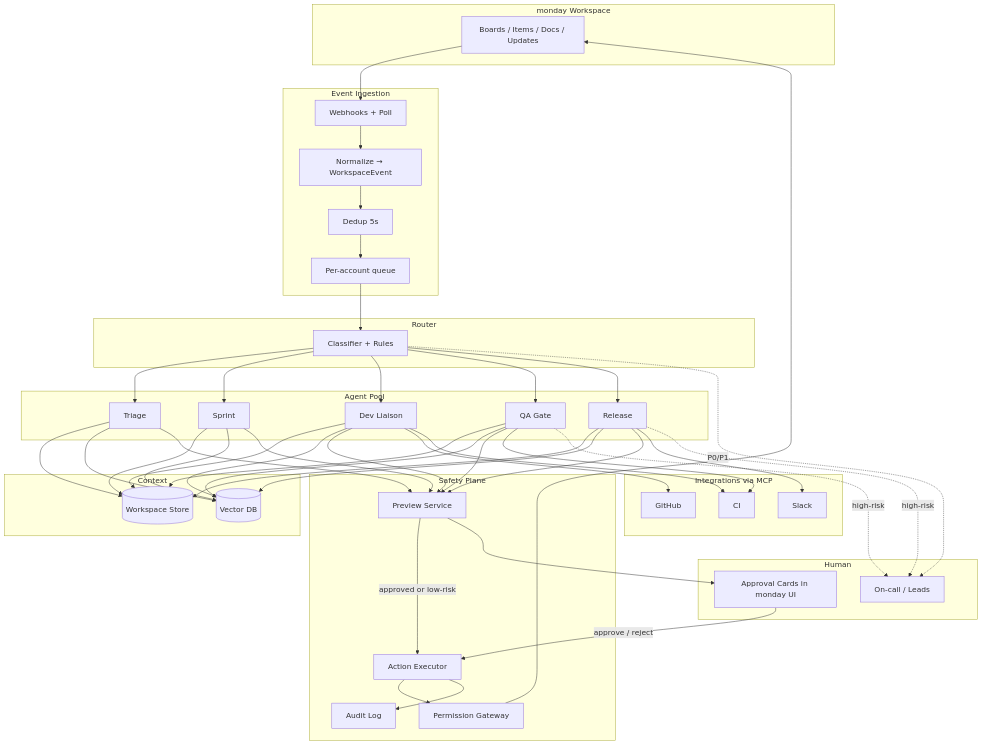
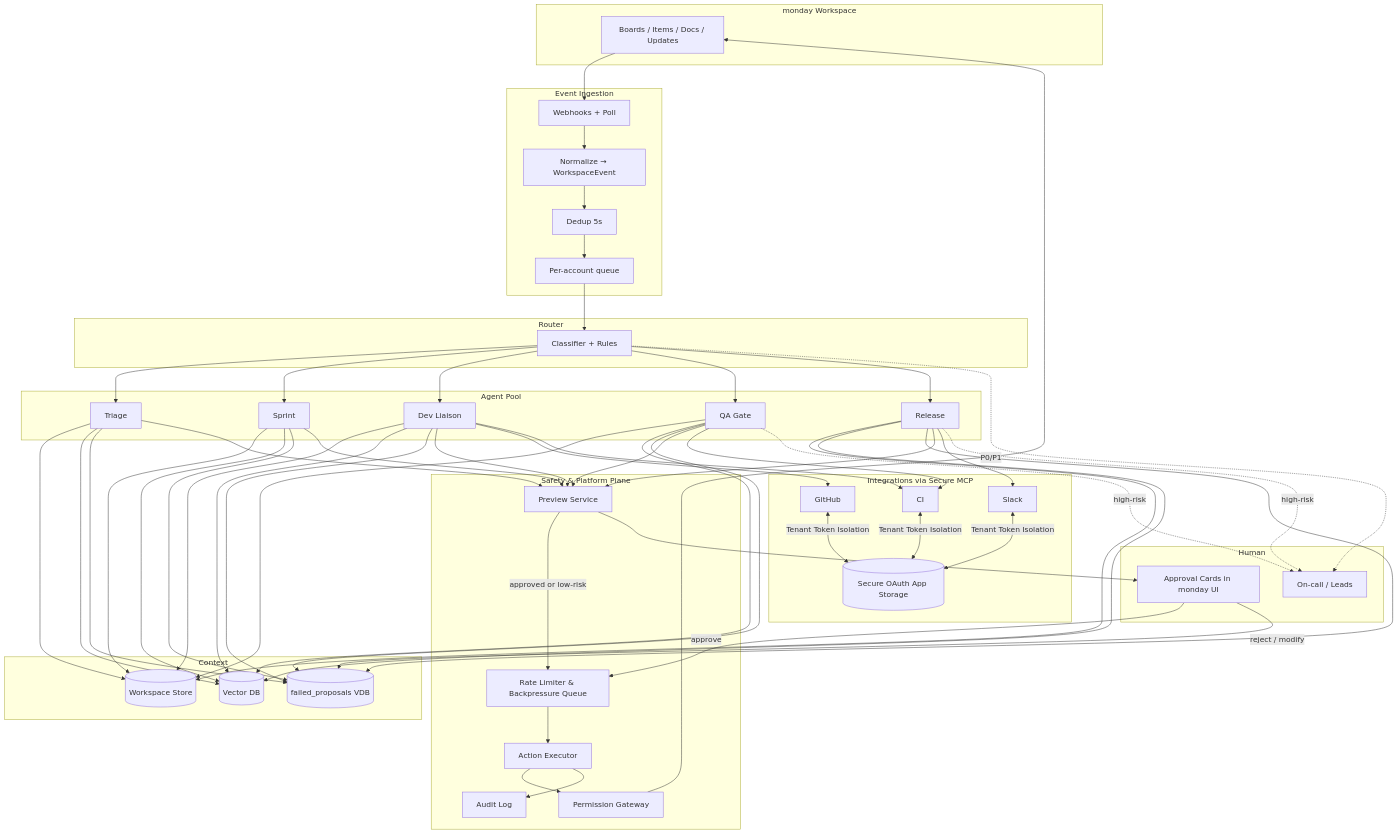
One commit to Galina-Blokh/monday-system changed the seventh of 14 diagrams in monday_agent_system_design.md. Above: the diagram before and after it, drawn with Mermaid. The commit also changed other lines of this file, not shown here.

````diff
--- a/monday_agent_system_design.md
+++ b/monday_agent_system_design.md
@@ -273,63 +274,69 @@
 ```mermaid
 flowchart TB
   subgraph WS["monday Workspace"]
     B[Boards / Items / Docs / Updates]
   end
 
   subgraph ING["Event Ingestion"]
     WH[Webhooks + Poll]
     NORM["Normalize → WorkspaceEvent"]
     DEDUP[Dedup 5s]
     TENANT[Per-account queue]
   end
 
   subgraph RT["Router"]
     CLS[Classifier + Rules]
   end
 
   subgraph AG["Agent Pool"]
     T[Triage]
     S[Sprint]
     D[Dev Liaison]
     Q[QA Gate]
     R[Release]
   end
 
   subgraph CTX["Context"]
     REDIS[(Workspace Store)]
     VDB[(Vector DB)]
+    FP_VDB[(failed_proposals VDB)]
   end
 
-  subgraph SAFE["Safety Plane"]
+  subgraph SAFE["Safety & Platform Plane"]
     PRE[Preview Service]
+    RATE[Rate Limiter & Backpressure Queue]
     EXE[Action Executor]
     AUD[Audit Log]
     GW[Permission Gateway]
   end
 
   subgraph HITL["Human"]
     UI[Approval Cards in monday UI]
     ONC[On-call / Leads]
   end
 
-  subgraph EXT["Integrations via MCP"]
+  subgraph EXT["Integrations via Secure MCP"]
     GH[GitHub]
     CI[CI]
     SL[Slack]
+    CRED[(Secure OAuth App Storage)]
   end
 
   B --> WH --> NORM --> DEDUP --> TENANT --> CLS
   CLS --> T & S & D & Q & R
-  T & S & D & Q & R --> REDIS & VDB
+  T & S & D & Q & R --> REDIS & VDB & FP_VDB
   T & S & D & Q & R --> PRE
-  PRE -->|approved or low-risk| EXE
+  PRE -->|approved or low-risk| RATE
+  RATE --> EXE
   EXE --> GW --> B
   EXE --> AUD
   PRE --> UI
-  UI -->|approve / reject| EXE
+  UI -->|approve| RATE
+  UI -->|reject / modify| FP_VDB
   D --> GH & CI
   Q --> CI
   R --> SL
+  GH & CI & SL <-->|Tenant Token Isolation| CRED
   CLS -.->|P0/P1| ONC
   Q & R -.->|high-risk| ONC
 ```
````
